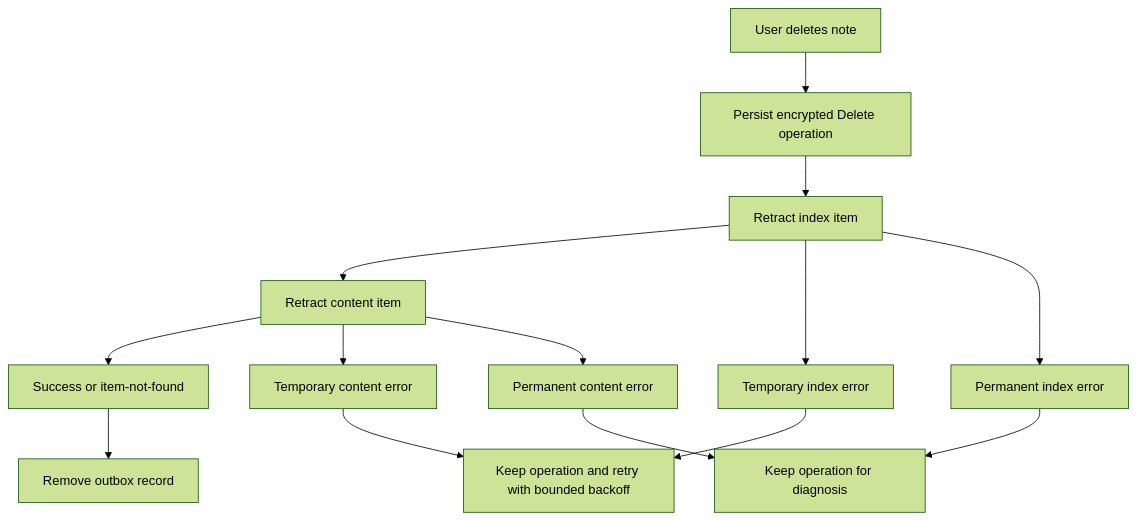
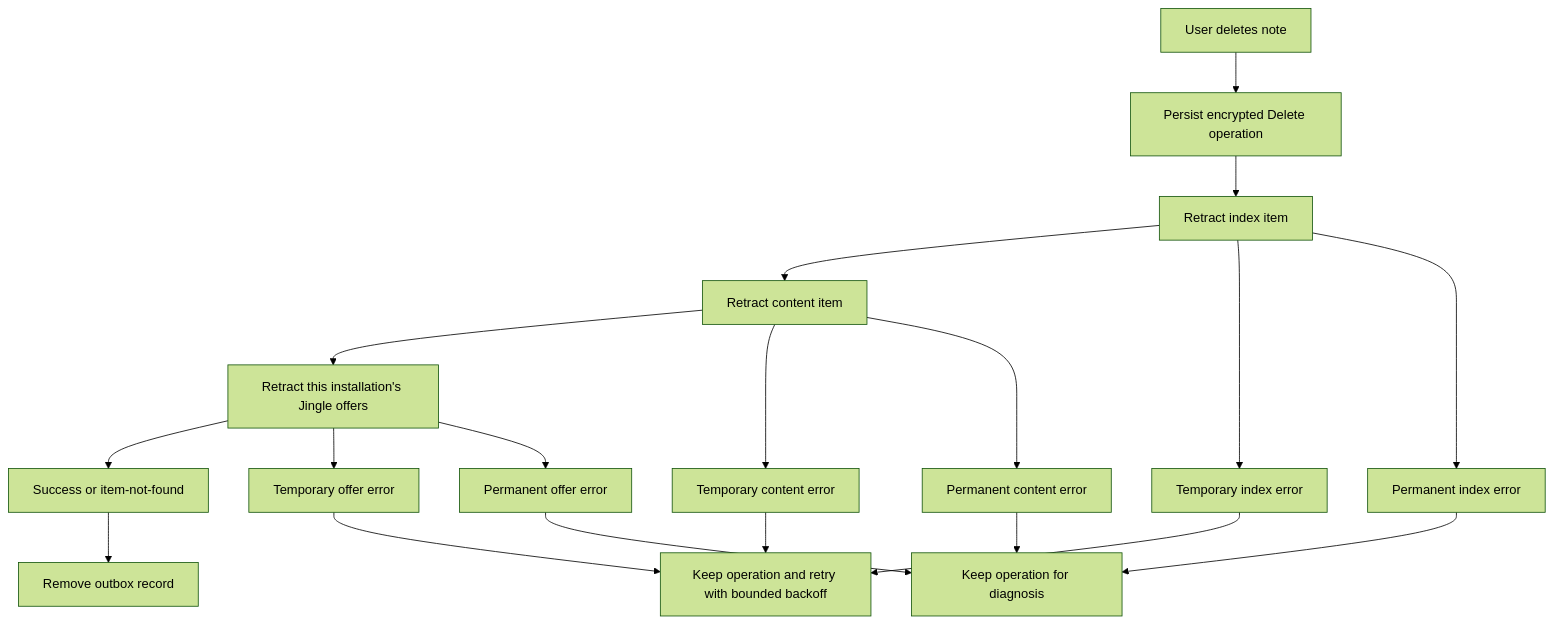
One commit to Ri0n/AnyKeep changed the fourth of 6 diagrams in plugins/xmpppubsub/README.md. Above: the diagram before and after it, drawn with Mermaid (forest theme). The commit also changed other lines of this file and 48 other files, not shown here.

````diff
--- a/plugins/xmpppubsub/README.md
+++ b/plugins/xmpppubsub/README.md
@@ -319,16 +327,21 @@
 ```mermaid
 graph TD;
     REQUEST["User deletes note"] --> RECORD["Persist encrypted Delete operation"];
     RECORD --> INDEX["Retract index item"];
     INDEX --> CONTENT["Retract content item"];
-    CONTENT --> SUCCESS["Success or item-not-found"];
+    CONTENT --> OFFERS["Retract this installation's Jingle offers"];
+    OFFERS --> SUCCESS["Success or item-not-found"];
     SUCCESS --> DONE["Remove outbox record"];
     INDEX --> TEMP1["Temporary index error"];
     CONTENT --> TEMP2["Temporary content error"];
+    OFFERS --> TEMP3["Temporary offer error"];
     TEMP1 --> RETRY["Keep operation and retry with bounded backoff"];
     TEMP2 --> RETRY;
+    TEMP3 --> RETRY;
     INDEX --> PERM1["Permanent index error"];
     CONTENT --> PERM2["Permanent content error"];
+    OFFERS --> PERM3["Permanent offer error"];
     PERM1 --> HOLD["Keep operation for diagnosis"];
     PERM2 --> HOLD;
+    PERM3 --> HOLD;
 ```
````
